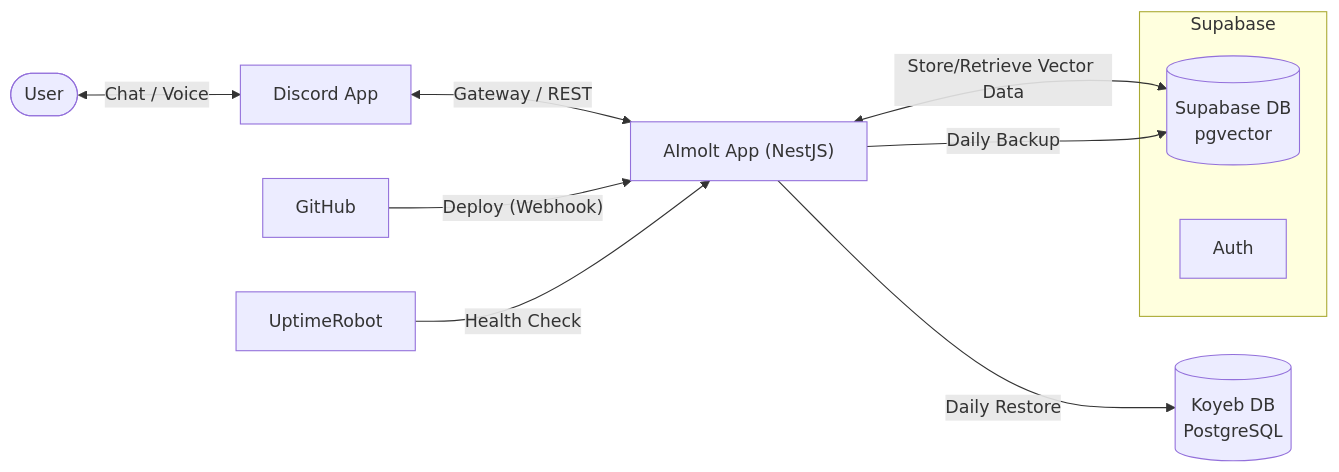
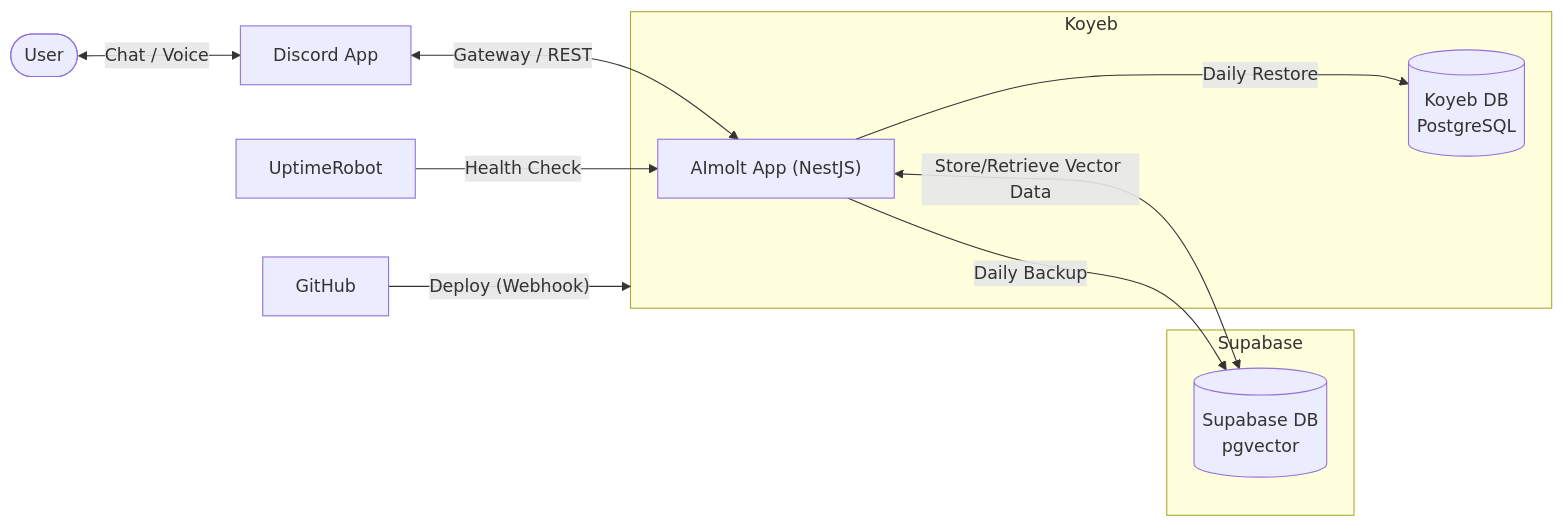
One commit to litoma/aimolt changed the first of 2 diagrams in README.md. Above: the diagram before and after it, drawn with Mermaid. The commit also changed other lines of this file, not shown here.

Commit message:
docs: refine architecture diagram layout for Koyeb subgraph and Supabase

````diff
--- a/README.md
+++ b/README.md
@@ -78,25 +74,29 @@
 ```mermaid
 graph LR
     User([User])
     Discord[Discord App]
     GitHub[GitHub]
     UptimeRobot[UptimeRobot]
     
     subgraph Supabase
         SupabaseDB[("Supabase DB<br>pgvector")]
-        SupabaseAuth[Auth]
     end
 
-    App["AImolt App (NestJS)"]
-    KoyebDB[("Koyeb DB<br>PostgreSQL")]
+    subgraph Koyeb
+        App["AImolt App (NestJS)"]
+        KoyebDB[("Koyeb DB<br>PostgreSQL")]
+    end
 
     User <-->|"Chat / Voice"| Discord
     Discord <-->|"Gateway / REST"| App
     
     App <-->|"Store/Retrieve Vector Data"| SupabaseDB
     App -->|"Daily Backup"| SupabaseDB
     App -->|"Daily Restore"| KoyebDB
     
-    GitHub -->|"Deploy (Webhook)"| App
+    GitHub -->|"Deploy (Webhook)"| Koyeb
     UptimeRobot -->|"Health Check"| App
+    
+    %% レイアウト調整: SupabaseをKoyebDBより上に配置
+    SupabaseDB ~~~ KoyebDB
 ```
````
